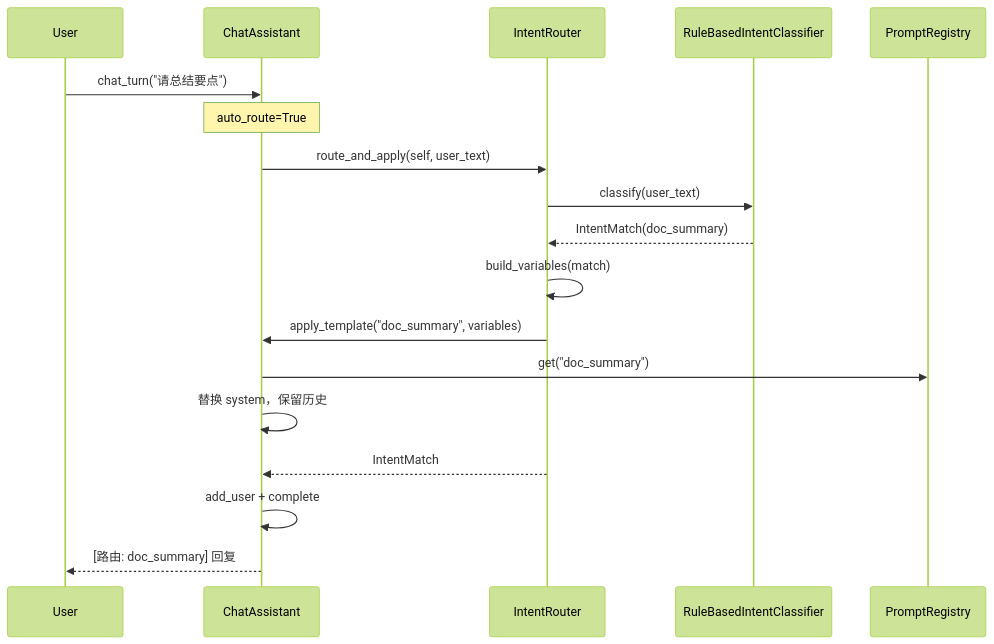
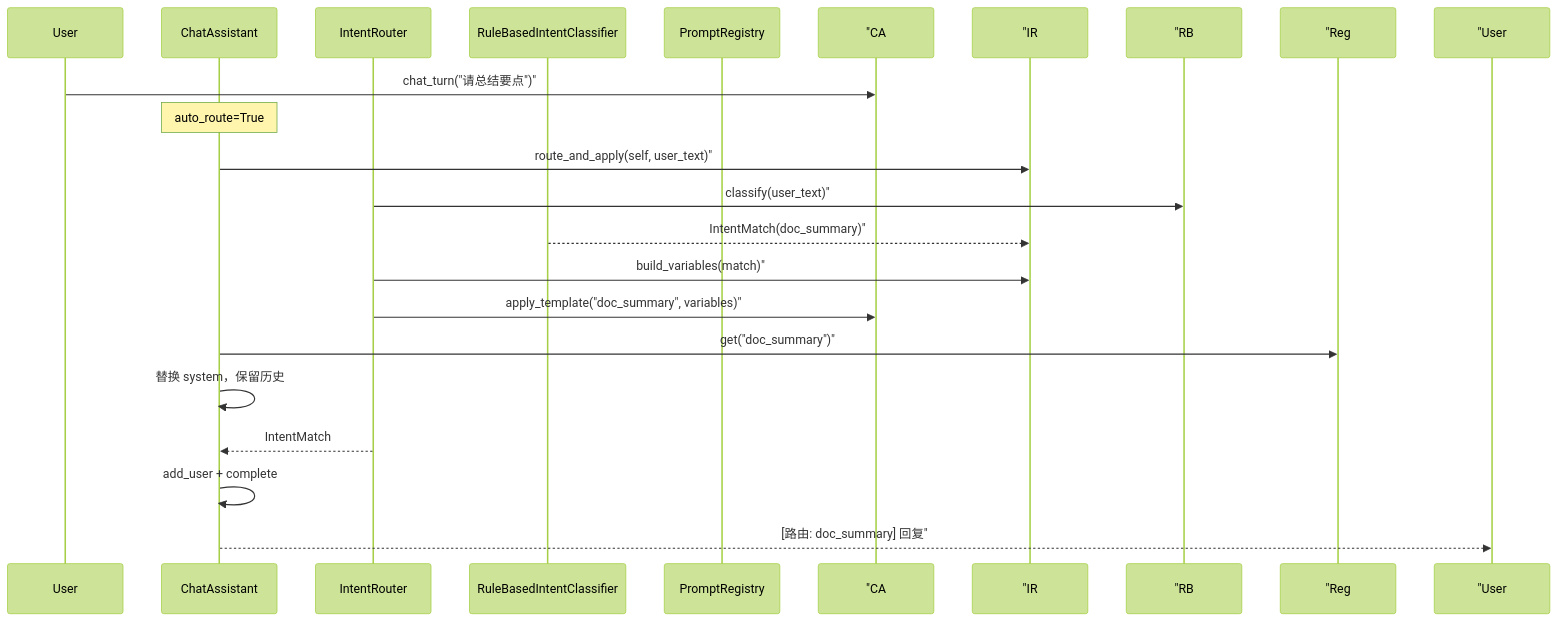
Before and after one commit to ab6539763/70_days_course_plus: the third of 3 diagrams in course/day18/03_架构设计.md, drawn with Mermaid (forest theme). The commit also changed other lines of this file and 134 other files, not shown here.

````diff
--- a/course/day18/03_架构设计.md
+++ b/course/day18/03_架构设计.md
@@ -72,21 +72,21 @@
 ```mermaid
 sequenceDiagram
     participant User
     participant CA as ChatAssistant
     participant IR as IntentRouter
     participant RB as RuleBasedIntentClassifier
     participant Reg as PromptRegistry
 
-    User->>CA: chat_turn("请总结要点")
+    User->> "CA: chat_turn("请总结要点")"
     Note over CA: auto_route=True
-    CA->>IR: route_and_apply(self, user_text)
-    IR->>RB: classify(user_text)
-    RB-->>IR: IntentMatch(doc_summary)
-    IR->>IR: build_variables(match)
-    IR->>CA: apply_template("doc_summary", variables)
-    CA->>Reg: get("doc_summary")
+    CA->> "IR: route_and_apply(self, user_text)"
+    IR->> "RB: classify(user_text)"
+    RB-->> "IR: IntentMatch(doc_summary)"
+    IR->> "IR: build_variables(match)"
+    IR->> "CA: apply_template("doc_summary", variables)"
+    CA->> "Reg: get("doc_summary")"
     CA->>CA: 替换 system，保留历史
     IR-->>CA: IntentMatch
     CA->>CA: add_user + complete
-    CA-->>User: [路由: doc_summary] 回复
+    CA-->> "User: [路由: doc_summary] 回复"
 ```
````
